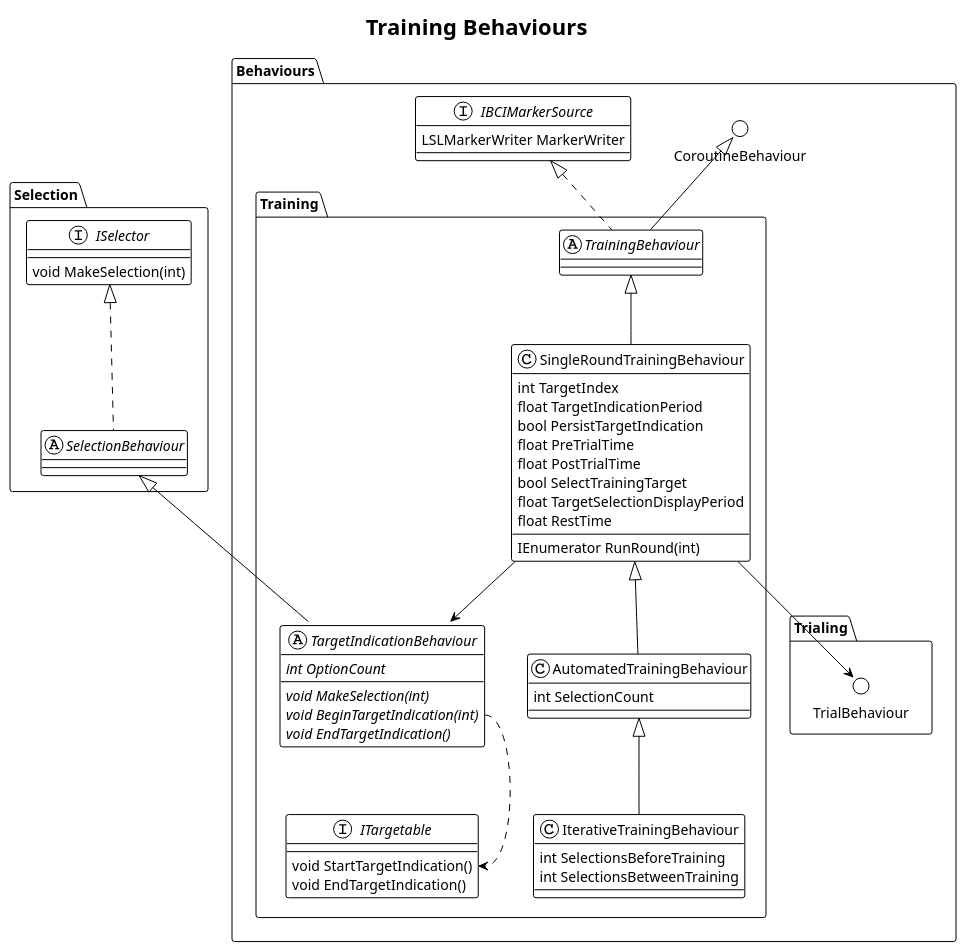
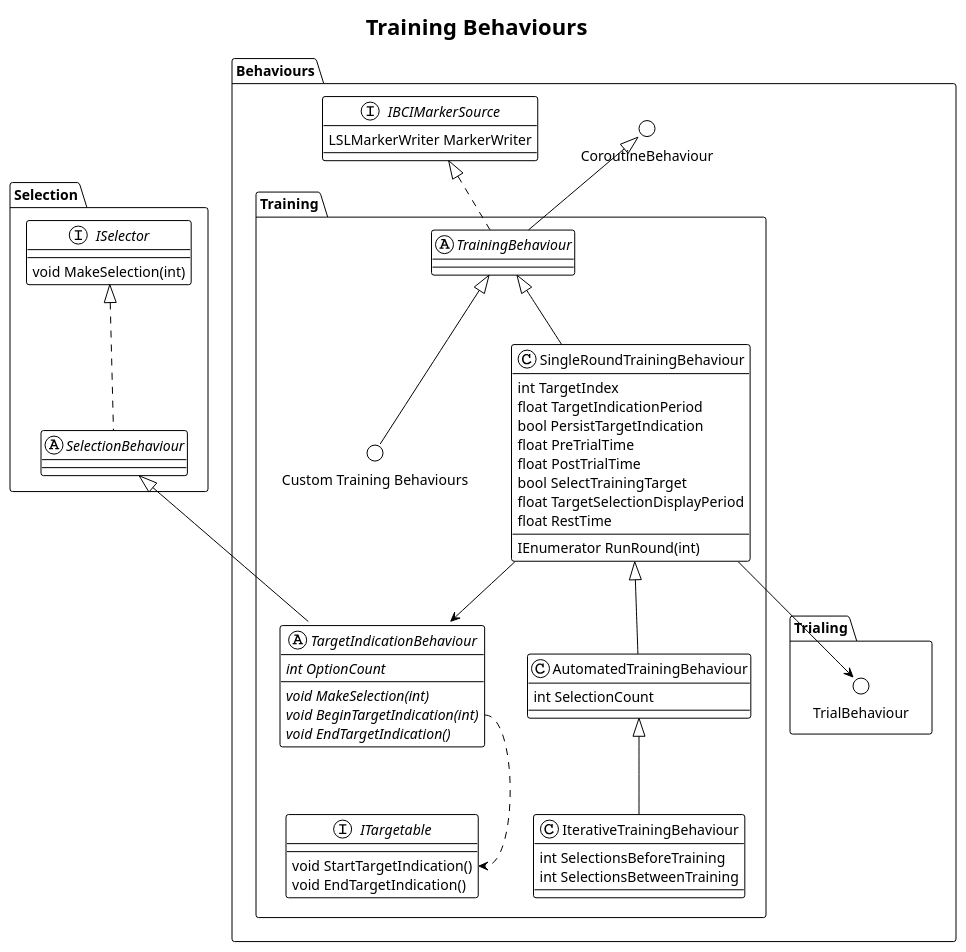
One commit to BCI-Games/bessy-docs changed the diagram in content/bessy-unity/behaviours/training/training-behaviours.plantuml. Above: the diagram before and after it, drawn with PlantUML. The commit also changed 4 other files, not shown here.

Commit message:
Reworked training pages - moved custom behaviour content to index page, deleting page - added "custom training behaviours" element to class diagram

```diff
--- a/content/bessy-unity/behaviours/training/training-behaviours.plantuml
+++ b/content/bessy-unity/behaviours/training/training-behaviours.plantuml
@@ -1,62 +1,65 @@
 @startuml training-behaviours
 !theme plain
 title Training Behaviours
 
 namespace Selection {
     interface ISelector {
         void MakeSelection(int)
     }
     abstract SelectionBehaviour implements ISelector
 }
 
 namespace Behaviours {
     circle CoroutineBehaviour
 
     interface Behaviours.IBCIMarkerSource {
         LSLMarkerWriter MarkerWriter
     }
 
     namespace Trialing {
         circle TrialBehaviour
     }
 }
 
 namespace Behaviours.Training {
     abstract TrainingBehaviour extends Behaviours.CoroutineBehaviour implements Behaviours.IBCIMarkerSource
     abstract TargetIndicationBehaviour extends .Selection.SelectionBehaviour {
         {abstract} int OptionCount
         {abstract} void MakeSelection(int)
         {abstract} void BeginTargetIndication(int)
         {abstract} void EndTargetIndication()
     }
     interface ITargetable {
         void StartTargetIndication()
         void EndTargetIndication()
     }
     TargetIndicationBehaviour::BeginTargetIndication ..> ITargetable::StartTargetIndication
 
+    circle "Custom Training Behaviours" as custom
+    TrainingBehaviour <|-- custom
+
     class SingleRoundTrainingBehaviour extends TrainingBehaviour {
         int TargetIndex
         float TargetIndicationPeriod
         bool PersistTargetIndication
         float PreTrialTime
         float PostTrialTime
         bool SelectTrainingTarget
         float TargetSelectionDisplayPeriod
         float RestTime
         IEnumerator RunRound(int)
     }
     SingleRoundTrainingBehaviour --> TargetIndicationBehaviour
     SingleRoundTrainingBehaviour --> .Behaviours.Trialing.TrialBehaviour
 
     class AutomatedTrainingBehaviour extends SingleRoundTrainingBehaviour {
         int SelectionCount
     }
 
     class IterativeTrainingBehaviour extends AutomatedTrainingBehaviour {
         int SelectionsBeforeTraining
         int SelectionsBetweenTraining
     }
 }
 
 @enduml
```
